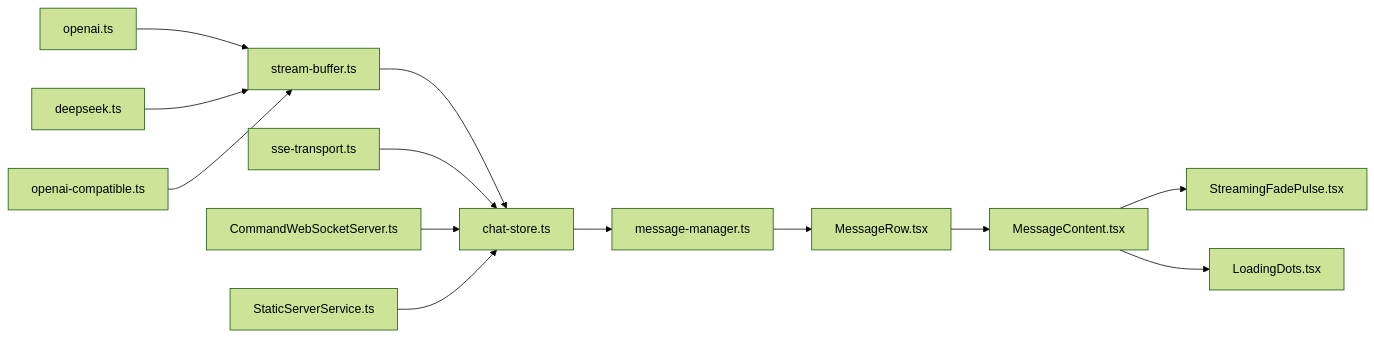
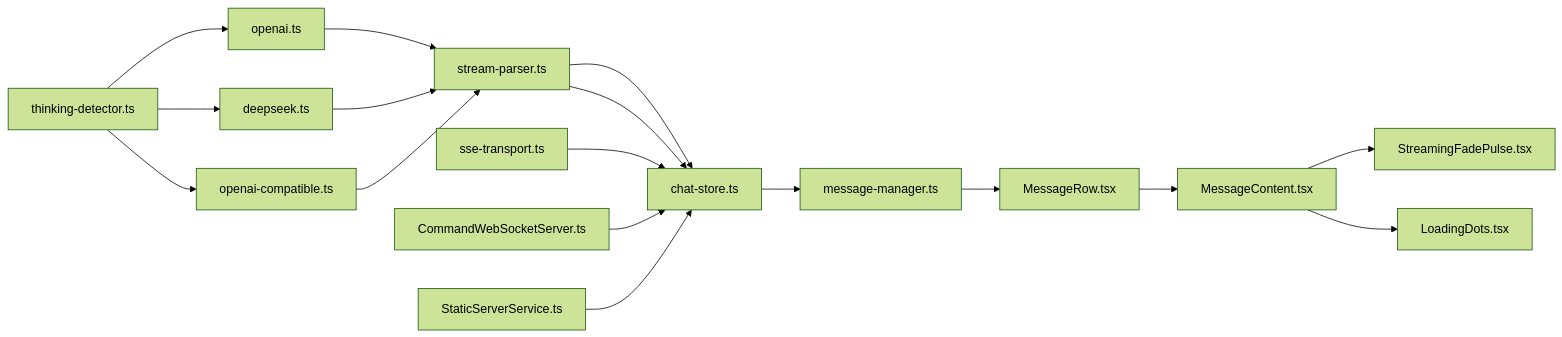
Before and after one commit to NarcisWL/Nexara: the ninth of 9 diagrams in .qoder/repowiki/zh/content/聊天系统详解/流式响应处理.md, drawn with Mermaid (forest theme). The commit also changed other lines of this file and 4 other files, not shown here.

Commit message:
docs(wiki): update documentation for ThinkingDetector and chat refactoring

````diff
--- a/.qoder/repowiki/zh/content/聊天系统详解/流式响应处理.md
+++ b/.qoder/repowiki/zh/content/聊天系统详解/流式响应处理.md
@@ -352,15 +382,19 @@
 ```mermaid
 graph LR
-OA["openai.ts"] --> SB["stream-buffer.ts"]
-DS["deepseek.ts"] --> SB
-OAC["openai-compatible.ts"] --> SB
-SB --> CS["chat-store.ts"]
+TD["thinking-detector.ts"] --> OA["openai.ts"]
+TD --> DS["deepseek.ts"]
+TD --> OAC["openai-compatible.ts"]
+SP["stream-parser.ts"] --> CS["chat-store.ts"]
+OA --> SP
+DS --> SP
+OAC --> SP
+SP --> CS
 CS --> MM["message-manager.ts"]
 MM --> MR["MessageRow.tsx"]
 MR --> MC["MessageContent.tsx"]
 MC --> SFP["StreamingFadePulse.tsx"]
 MC --> LD["LoadingDots.tsx"]
 SSE["sse-transport.ts"] --> CS
 WSS["CommandWebSocketServer.ts"] --> CS
 SSS["StaticServerService.ts"] --> CS
 ```
````
